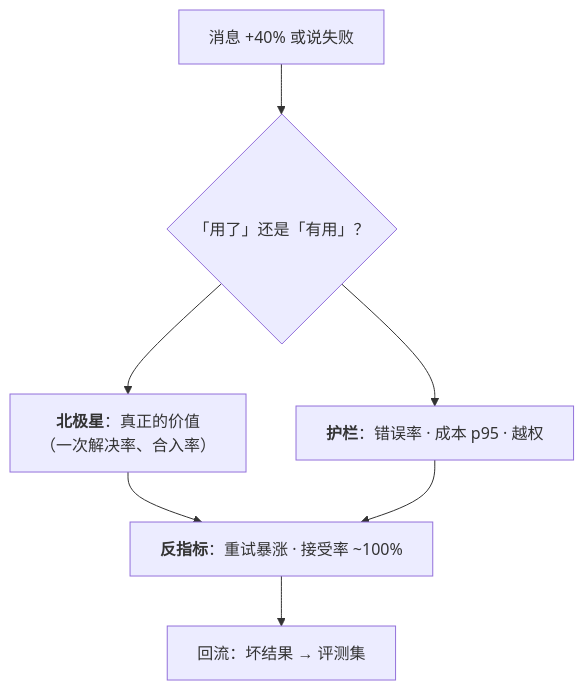
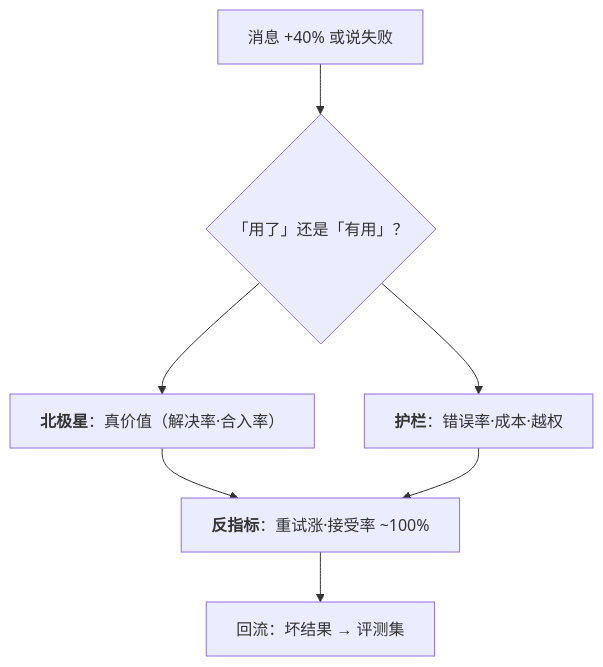
One commit to arganzheng/arganzheng.github.com changed the sixth of 6 diagrams in slides/2026-11-20-product-and-experience.md. Above: the diagram before and after it, drawn with Mermaid. The commit also changed other lines of this file, not shown here.

````diff
--- a/slides/2026-11-20-product-and-experience.md
+++ b/slides/2026-11-20-product-and-experience.md
@@ -196,10 +213,10 @@
 ```mermaid
 %%{init: {"flowchart": {"wrappingWidth": 460}}}%%
 flowchart TB
     W["消息 +40% 或说失败"] --> Q{"「用了」还是「有用」？"}
-    Q --> N["<b>北极星</b>：真正的价值<br/>（一次解决率、合入率）"]
-    Q --> G["<b>护栏</b>：错误率 · 成本 p95 · 越权"]
-    N & G --> F["<b>反指标</b>：重试暴涨 · 接受率 ~100%"]
+    Q --> N["<b>北极星</b>：真价值（解决率·合入率）"]
+    Q --> G["<b>护栏</b>：错误率·成本·越权"]
+    N & G --> F["<b>反指标</b>：重试涨·接受率 ~100%"]
     F --> B["回流：坏结果 → 评测集"]
 
 ```
````
